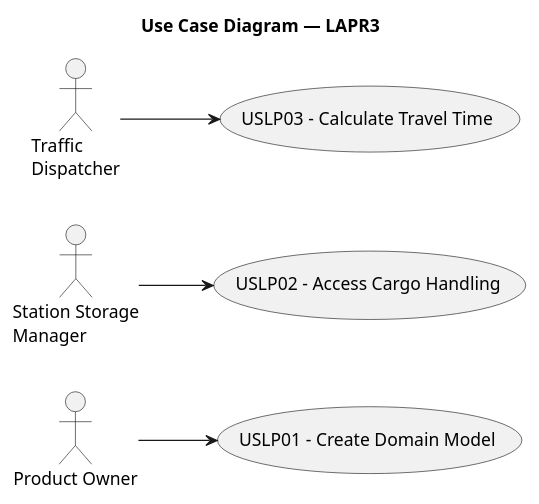
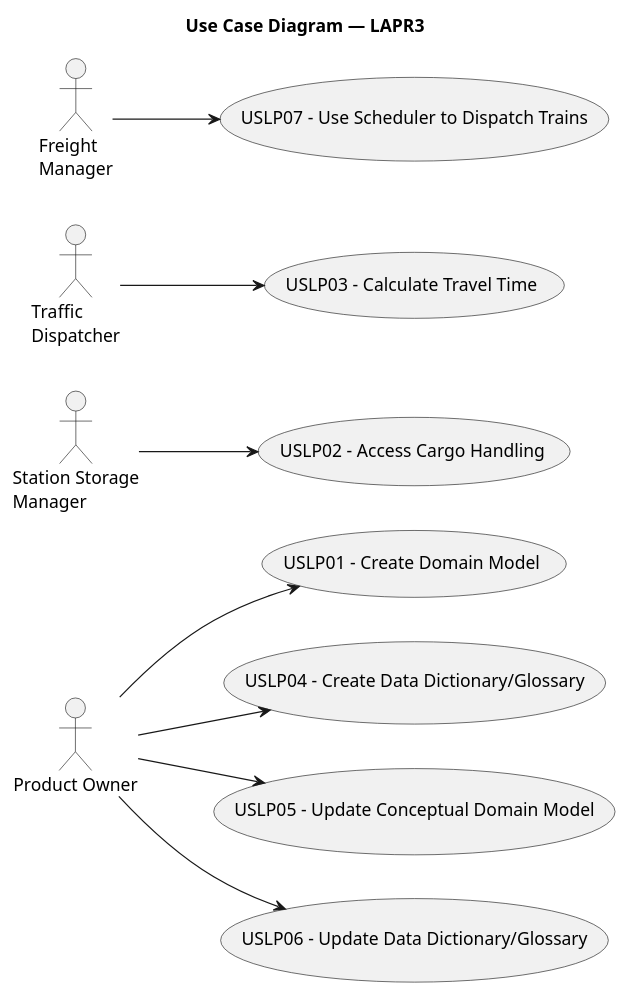
The diagram in docs/system-documentation/global-artifacts/requirements-engineering/puml/UCDLAPR.puml (bruno-monteiro5/sem3-pi-25.26-g164-repository), drawn with PlantUML before and after one commit.

Commit message:
Sprint2(Docs) - Updated Lapr3 UCD for the new user stories [#86]

```diff
--- a/docs/system-documentation/global-artifacts/requirements-engineering/puml/UCDLAPR.puml
+++ b/docs/system-documentation/global-artifacts/requirements-engineering/puml/UCDLAPR.puml
@@ -1,19 +1,31 @@
 @startuml
 skinparam packageStyle rectangle
 left to right direction
 
 title Use Case Diagram — LAPR3
 
 actor "Product Owner" as PO
 actor "Station Storage\nManager" as SSM
 actor "Traffic\nDispatcher" as TD
+actor "Freight\nManager" as FM
 
-usecase "USLP01 - Create Domain Model" as UC1
-usecase "USLP02 - Access Cargo Handling" as UC2
-usecase "USLP03 - Calculate Travel Time" as UC3
 
-PO --> UC1
-SSM --> UC2
-TD --> UC3
+usecase "USLP01 - Create Domain Model" as USLP01
+usecase "USLP02 - Access Cargo Handling" as USLP02
+usecase "USLP03 - Calculate Travel Time" as USLP03
+usecase "USLP04 - Create Data Dictionary/Glossary" as USLP04
+
+usecase "USLP05 - Update Conceptual Domain Model" as USLP05
+usecase "USLP06 - Update Data Dictionary/Glossary" as USLP06
+usecase "USLP07 - Use Scheduler to Dispatch Trains" as USLP07
+
+PO  --> USLP01
+PO  --> USLP04
+PO  --> USLP05
+PO  --> USLP06
+
+SSM --> USLP02
+TD  --> USLP03
+FM  --> USLP07
 
 @enduml
```
